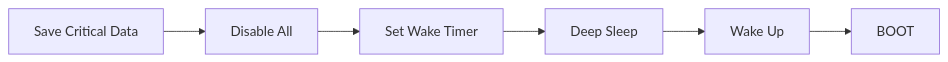
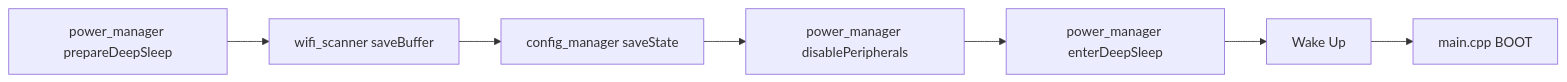
One commit to Ameciclo/bpr-sistema changed the sixth of 10 diagrams in firmware/bike/SYSTEM_FLOW.md. Above: the diagram before and after it, drawn with Mermaid. The commit also changed other lines of this file and 49 other files, not shown here.

````diff
--- a/firmware/bike/SYSTEM_FLOW.md
+++ b/firmware/bike/SYSTEM_FLOW.md
@@ -129,8 +144,9 @@
 ```mermaid
 flowchart LR
-    A[Save Critical Data] --> B[Disable All]
-    B --> C[Set Wake Timer]
-    C --> D[Deep Sleep]
-    D --> E[Wake Up]
-    E --> F[BOOT]
+    A[power_manager prepareDeepSleep] --> B[wifi_scanner saveBuffer]
+    B --> C[config_manager saveState]
+    C --> D[power_manager disablePeripherals]
+    D --> E[power_manager enterDeepSleep]
+    E --> F[Wake Up]
+    F --> G[main.cpp BOOT]
 ```
````
